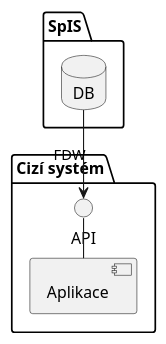
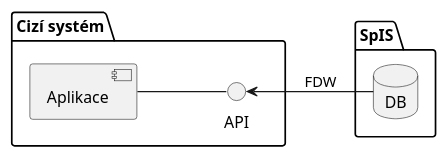
Diagram 11 of 11 in doc/technicka-specifikace.adoc (techlib/spis), drawn with PlantUML before and after one commit.

Commit message:
Oprava šipek v diagramech

```diff
--- a/doc/technicka-specifikace.adoc
+++ b/doc/technicka-specifikace.adoc
@@ -881,18 +881,19 @@
 [plantuml,align="center"]
 ....
 @startuml
 left to right direction
 
 package "SpIS" {
   database "DB" as db1
 }
 
 package "Cizí systém" {
   component "Aplikace" as app2
   () API as api2
-  app2 - api2
+  api2 -u- app2
 }
 
-db1 -> api2: FDW
+db1 -u-> api2: FDW
+
 @enduml
 ....
```
